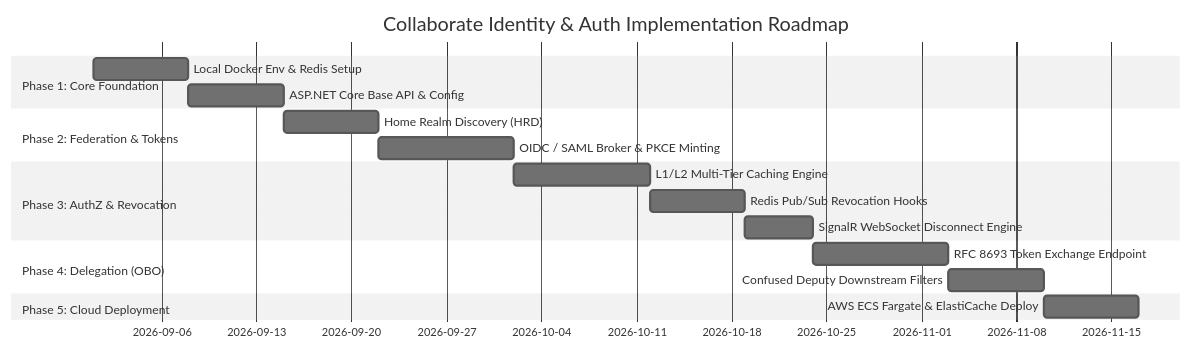
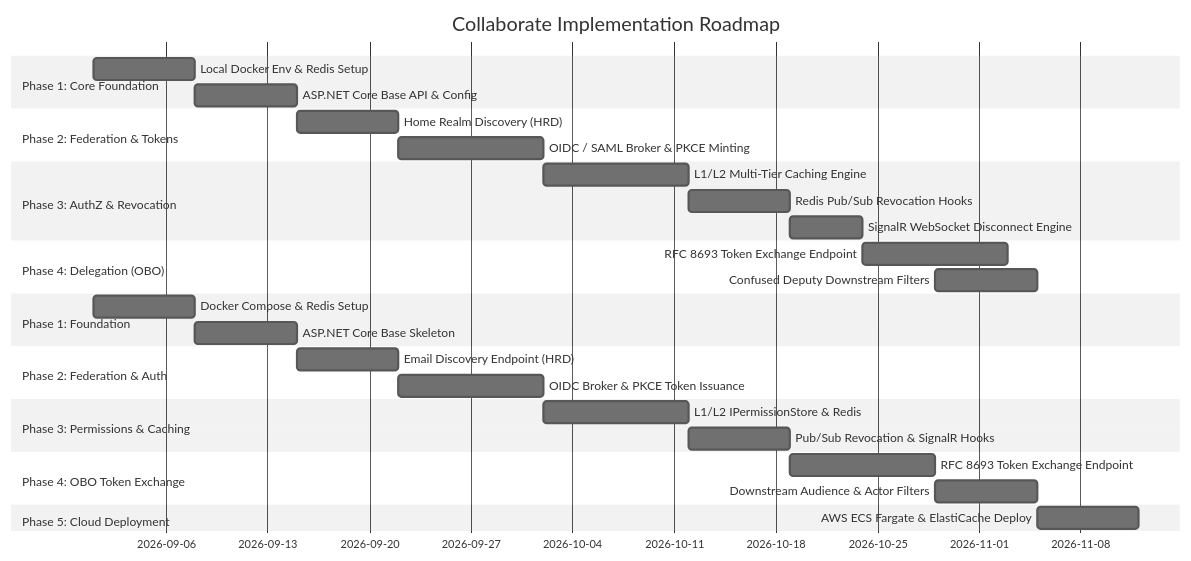
The fifth of 7 diagrams in docs/part-1-specs.md (mauriciogracia/auth-challenge), drawn with Mermaid (neutral theme) before and after one commit. The commit also changed other lines of this file and 1 other file, not shown here.

Commit message:
docs: add architecture and design specification for identity platform

````diff
--- a/docs/part-1-specs.md
+++ b/docs/part-1-specs.md
@@ -230,20 +303,33 @@
 ```mermaid
 gantt
     title Collaborate Identity & Auth Implementation Roadmap
+    title Collaborate Implementation Roadmap
     dateFormat  YYYY-MM-DD
     section Phase 1: Core Foundation
     Local Docker Env & Redis Setup       :p1_1, 2026-09-01, 7d
     ASP.NET Core Base API & Config       :p1_2, after p1_1, 7d
     section Phase 2: Federation & Tokens
     Home Realm Discovery (HRD)           :p2_1, after p1_2, 7d
     OIDC / SAML Broker & PKCE Minting    :p2_2, after p2_1, 10d
     section Phase 3: AuthZ & Revocation
     L1/L2 Multi-Tier Caching Engine      :p3_1, after p2_2, 10d
     Redis Pub/Sub Revocation Hooks       :p3_2, after p3_1, 7d
     SignalR WebSocket Disconnect Engine  :p3_3, after p3_2, 5d
     section Phase 4: Delegation (OBO)
     RFC 8693 Token Exchange Endpoint     :p4_1, after p3_3, 10d
     Confused Deputy Downstream Filters   :p4_2, after p4_1, 7d
+    section Phase 1: Foundation
+    Docker Compose & Redis Setup         :p1_1, 2026-09-01, 7d
+    ASP.NET Core Base Skeleton           :p1_2, after p1_1, 7d
+    section Phase 2: Federation & Auth
+    Email Discovery Endpoint (HRD)       :p2_1, after p1_2, 7d
+    OIDC Broker & PKCE Token Issuance    :p2_2, after p2_1, 10d
+    section Phase 3: Permissions & Caching
+    L1/L2 IPermissionStore & Redis       :p3_1, after p2_2, 10d
+    Pub/Sub Revocation & SignalR Hooks   :p3_2, after p3_1, 7d
+    section Phase 4: OBO Token Exchange
+    RFC 8693 Token Exchange Endpoint     :p4_1, after p3_2, 10d
+    Downstream Audience & Actor Filters  :p4_2, after p4_1, 7d
     section Phase 5: Cloud Deployment
     AWS ECS Fargate & ElastiCache Deploy :p5_1, after p4_2, 7d
 ```
````
